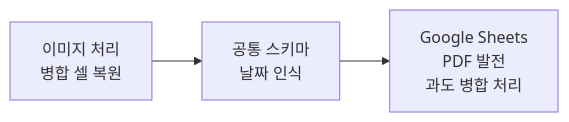
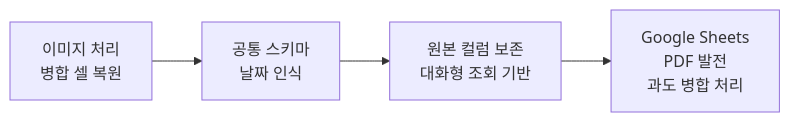
The eighth of 15 diagrams in README.md (knu-2026-summer-main-enhancement/finance-doc-agent), drawn with Mermaid before and after one commit. The commit also changed other lines of this file, not shown here.

Commit message:
docs: align roadmap with E3 and E4

````diff
--- a/README.md
+++ b/README.md
@@ -241,4 +254,4 @@
 ```mermaid
 flowchart LR
-    E1[이미지 처리<br/>병합 셀 복원] --> E2[공통 스키마<br/>날짜 인식] --> E3[Google Sheets<br/>PDF 발전<br/>과도 병합 처리]
+    E1[이미지 처리<br/>병합 셀 복원] --> E2[공통 스키마<br/>날짜 인식] --> E3[원본 컬럼 보존<br/>대화형 조회 기반] --> E4[Google Sheets<br/>PDF 발전<br/>과도 병합 처리]
 ```
````
